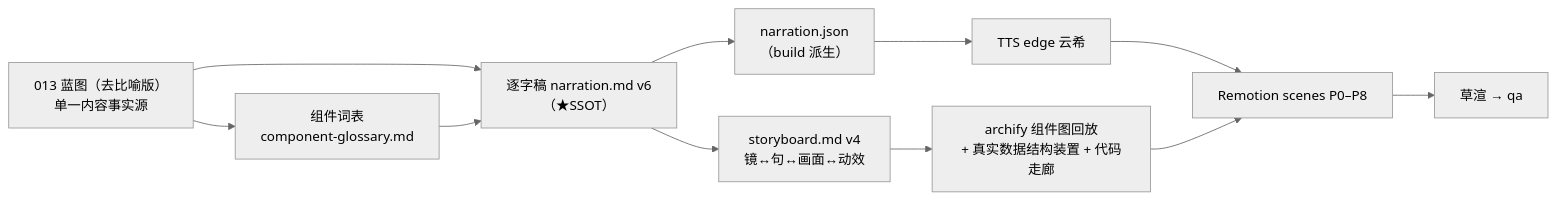
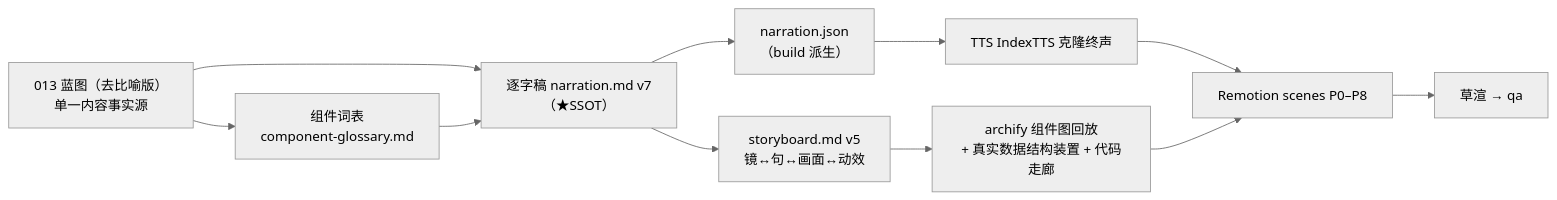
Before and after one commit to ThreeFish-AI/negentropy: the diagram in apps/negentropy-influence/episodes/context-layer-video/script/planning.md, drawn with Mermaid (neutral theme). The commit also changed other lines of this file and 112 other files, not shown here.

First line of the commit message:
docs(cognitive-context): 013 蓝图用词整改 + Context Layer 第 2 集逐字稿 v7 增补与克隆终声成片交付 (#1197)

````diff
--- a/apps/negentropy-influence/episodes/context-layer-video/script/planning.md
+++ b/apps/negentropy-influence/episodes/context-layer-video/script/planning.md
@@ -74,13 +74,13 @@
 ```mermaid
 flowchart LR
     A["013 蓝图（去比喻版）<br/>单一内容事实源"] --> G["组件词表<br/>component-glossary.md"]
-    A --> B["逐字稿 narration.md v6<br/>（★SSOT）"]
+    A --> B["逐字稿 narration.md v7<br/>（★SSOT）"]
     G --> B
     B --> D["narration.json<br/>（build 派生）"]
-    D --> E["TTS edge 云希"]
-    B --> F["storyboard.md v4<br/>镜↔句↔画面↔动效"]
+    D --> E["TTS IndexTTS 克隆终声"]
+    B --> F["storyboard.md v5<br/>镜↔句↔画面↔动效"]
     F --> H["archify 组件图回放<br/>+ 真实数据结构装置 + 代码走廊"]
     E --> I["Remotion scenes P0–P8"]
     H --> I
     I --> J["草渲 → qa"]
 ```
````
